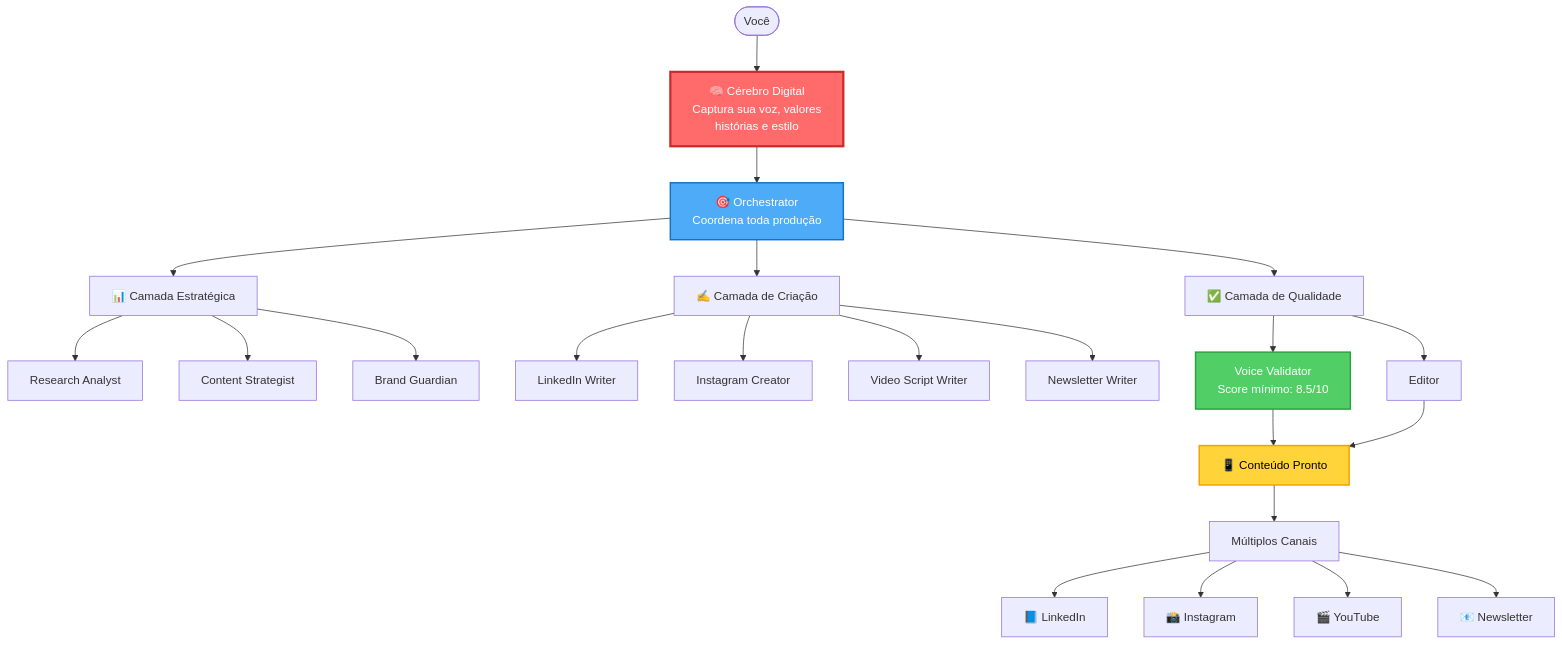
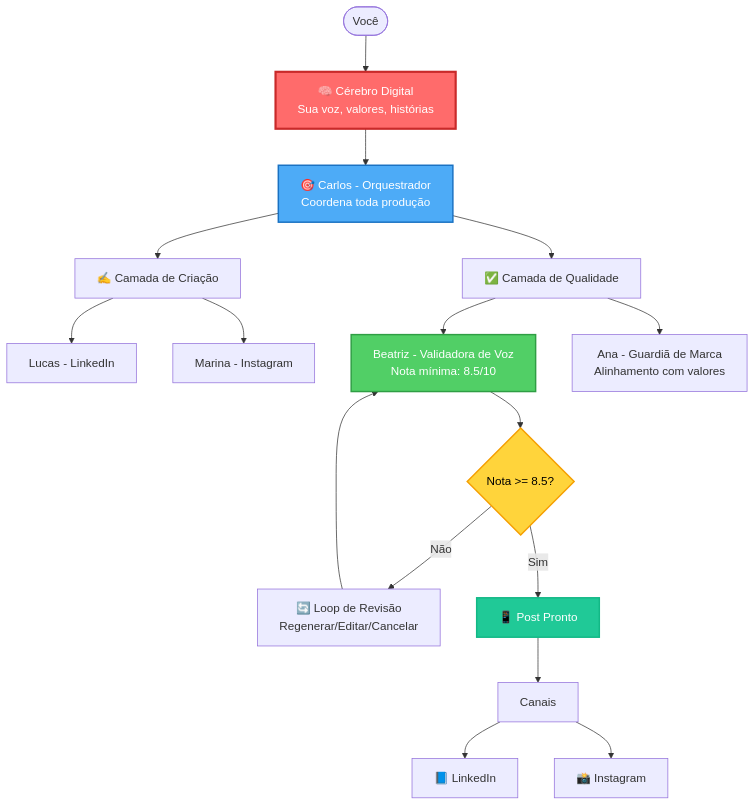
One commit to vitorgmoreira/content-foundry changed the diagram in README.md. Above: the diagram before and after it, drawn with Mermaid. The commit also changed other lines of this file and 1 other file, not shown here.

````diff
--- a/README.md
+++ b/README.md
@@ -84,35 +164,29 @@
 ```mermaid
 graph TB
-    Start([Você]) --> Brain[🧠 Cérebro Digital<br/>Captura sua voz, valores<br/>histórias e estilo]
+    Start([Você]) --> Brain[🧠 Cérebro Digital<br/>Sua voz, valores, histórias]
 
-    Brain --> Orchestrator[🎯 Orchestrator<br/>Coordena toda produção]
-
-    Orchestrator --> Strategy[📊 Camada Estratégica]
-    Strategy --> S1[Research Analyst]
-    Strategy --> S2[Content Strategist]
-    Strategy --> S3[Brand Guardian]
+    Brain --> Orchestrator[🎯 Carlos - Orquestrador<br/>Coordena toda produção]
 
     Orchestrator --> Creation[✍️ Camada de Criação]
-    Creation --> C1[LinkedIn Writer]
-    Creation --> C2[Instagram Creator]
-    Creation --> C3[Video Script Writer]
-    Creation --> C4[Newsletter Writer]
+    Creation --> C1[Lucas - LinkedIn]
+    Creation --> C2[Marina - Instagram]
 
     Orchestrator --> Quality[✅ Camada de Qualidade]
-    Quality --> Q1[Voice Validator<br/>Score mínimo: 8.5/10]
-    Quality --> Q2[Editor]
+    Quality --> Q1[Beatriz - Validadora de Voz<br/>Nota mínima: 8.5/10]
+    Quality --> Q2[Ana - Guardiã de Marca<br/>Alinhamento com valores]
 
-    Q1 --> Output[📱 Conteúdo Pronto]
-    Q2 --> Output
+    Q1 --> Loop{Nota >= 8.5?}
+    Loop -->|Não| Revisao[🔄 Loop de Revisão<br/>Regenerar/Editar/Cancelar]
+    Revisao --> Q1
+    Loop -->|Sim| Output[📱 Post Pronto]
 
-    Output --> Channels[Múltiplos Canais]
+    Output --> Channels[Canais]
     Channels --> Ch1[📘 LinkedIn]
     Channels --> Ch2[📸 Instagram]
-    Channels --> Ch3[🎬 YouTube]
-    Channels --> Ch4[📧 Newsletter]
 
     style Brain fill:#ff6b6b,stroke:#c92a2a,stroke-width:3px,color:#fff
     style Orchestrator fill:#4dabf7,stroke:#1971c2,stroke-width:2px,color:#fff
     style Q1 fill:#51cf66,stroke:#2f9e44,stroke-width:2px,color:#fff
-    style Output fill:#ffd43b,stroke:#f59f00,stroke-width:2px,color:#000
+    style Loop fill:#ffd43b,stroke:#f59f00,stroke-width:2px,color:#000
+    style Output fill:#20c997,stroke:#12b886,stroke-width:2px,color:#fff
 ```
````
